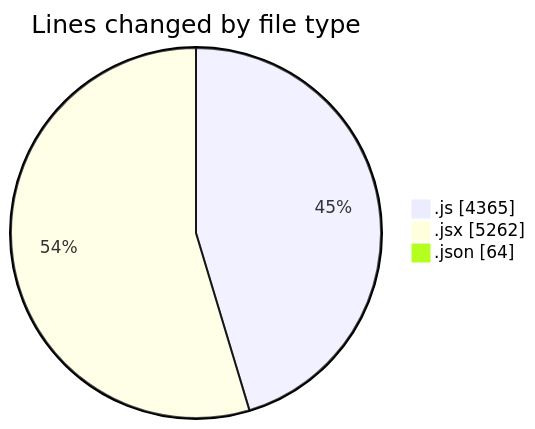
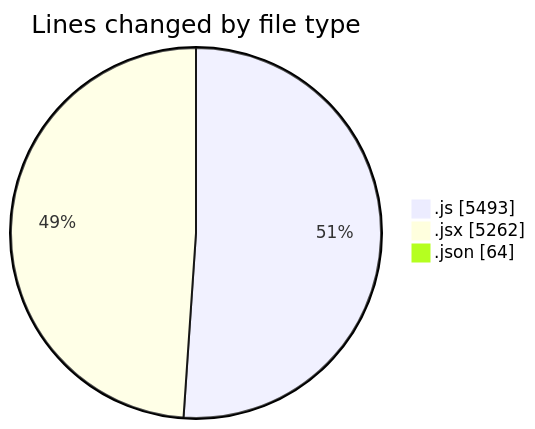
The first of 2 diagrams in 2025-08-07/nxtqube_webapp/README.md (nxtqubesakshisongat/code-tracking), drawn with Mermaid before and after one commit. The commit also changed other lines of this file and 1 other file, not shown here.

````diff
--- a/2025-08-07/nxtqube_webapp/README.md
+++ b/2025-08-07/nxtqube_webapp/README.md
@@ -25,7 +25,7 @@
 ```mermaid
 pie showData
 title Lines changed by file type
-".js" : 4365
+".js" : 5493
 ".jsx" : 5262
 ".json" : 64
 ```
````
